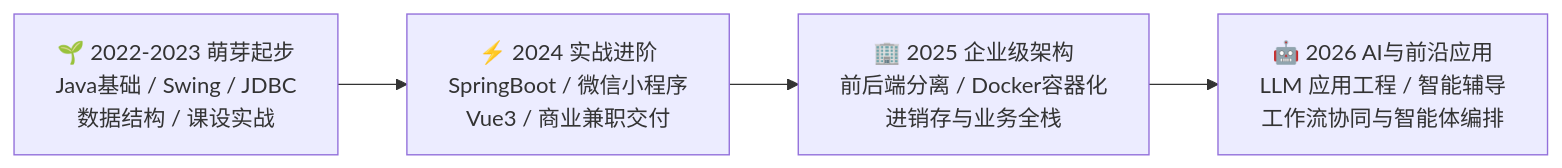
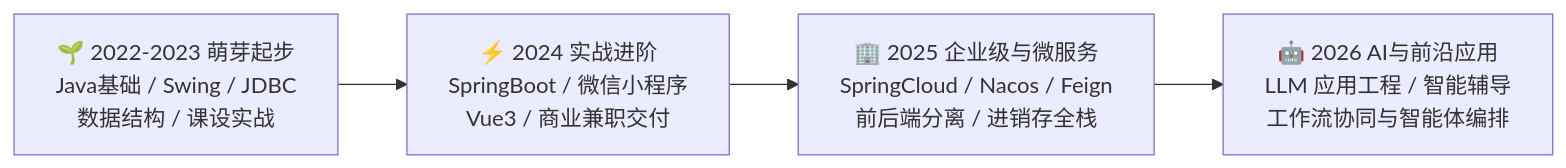
The diagram in README.md (2454435987/my-programming-journey), drawn with Mermaid before and after one commit. The commit also changed other lines of this file and 410 other files, not shown here.

````diff
--- a/README.md
+++ b/README.md
@@ -10,6 +10,6 @@
 ```mermaid
 flowchart LR
     A["🌱 2022-2023 萌芽起步<br/>Java基础 / Swing / JDBC<br/>数据结构 / 课设实战"] --> B["⚡ 2024 实战进阶<br/>SpringBoot / 微信小程序<br/>Vue3 / 商业兼职交付"]
-    B --> C["🏢 2025 企业级架构<br/>前后端分离 / Docker容器化<br/>进销存与业务全栈"]
+    B --> C["🏢 2025 企业级与微服务<br/>SpringCloud / Nacos / Feign<br/>前后端分离 / 进销存全栈"]
     C --> D["🤖 2026 AI与前沿应用<br/>LLM 应用工程 / 智能辅导<br/>工作流协同与智能体编排"]
 ```
````
